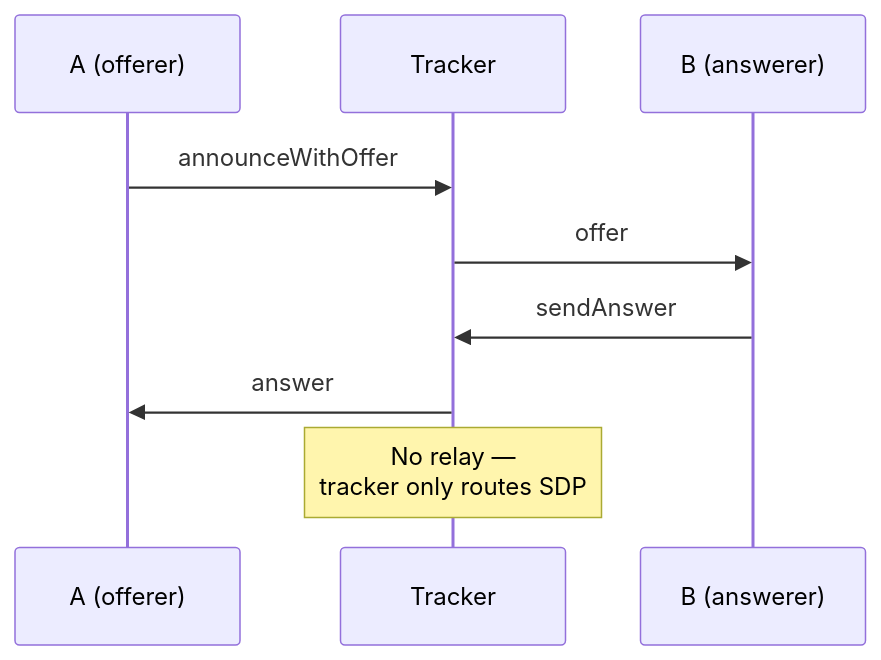
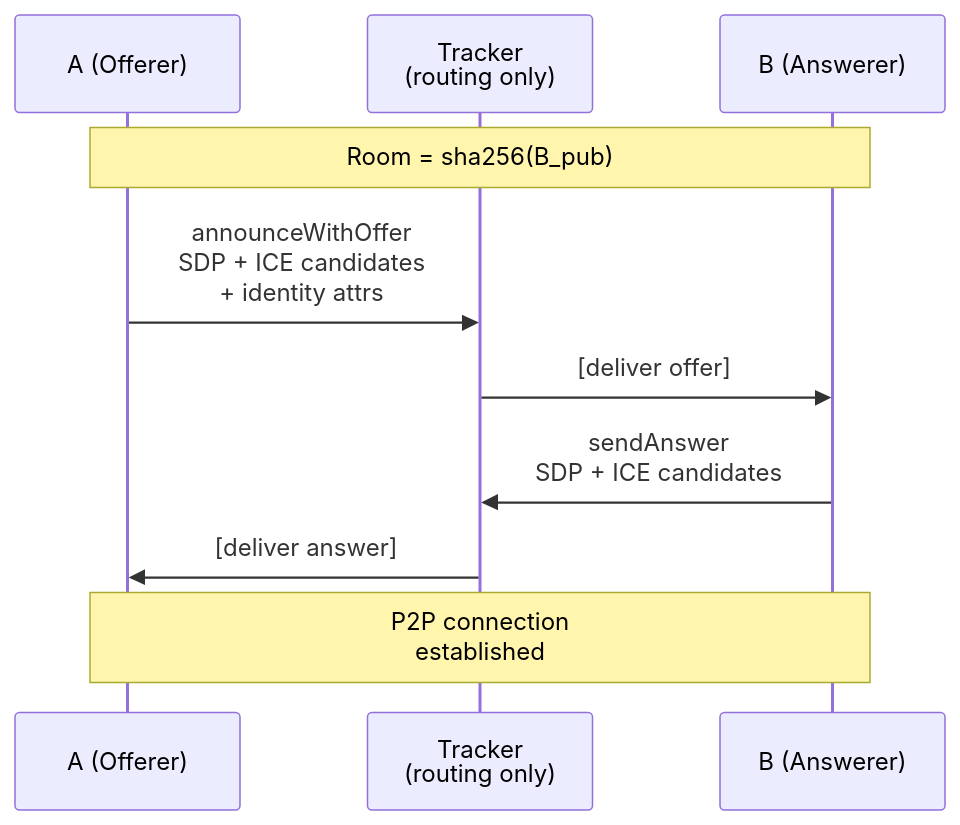
One commit to davidevecchi/TruSTI changed the fifth of 8 diagrams in README.md. Above: the diagram before and after it, drawn with Mermaid. The commit also changed other lines of this file, not shown here.

````diff
--- a/README.md
+++ b/README.md
@@ -110,13 +214,16 @@
 ```mermaid
 sequenceDiagram
-    participant A as A (offerer)
-    participant Tracker as Tracker
-    participant B as B (answerer)
+    participant A as A (Offerer)
+    participant T as Tracker<br/>(routing only)
+    participant B as B (Answerer)
 
-    A->>Tracker: announceWithOffer
-    Tracker->>B: offer
-    B->>Tracker: sendAnswer
-    Tracker->>A: answer
+    Note over A,B: Room = sha256(B_pub)
 
-    Note over Tracker: No relay —<br/>tracker only routes SDP
+    A->>T: announceWithOffer<br/>SDP + ICE candidates<br/>+ identity attrs
+    T->>B: [deliver offer]
+
+    B->>T: sendAnswer<br/>SDP + ICE candidates
+    T->>A: [deliver answer]
+
+    Note over A,B: P2P connection<br/>established
 ```
````
